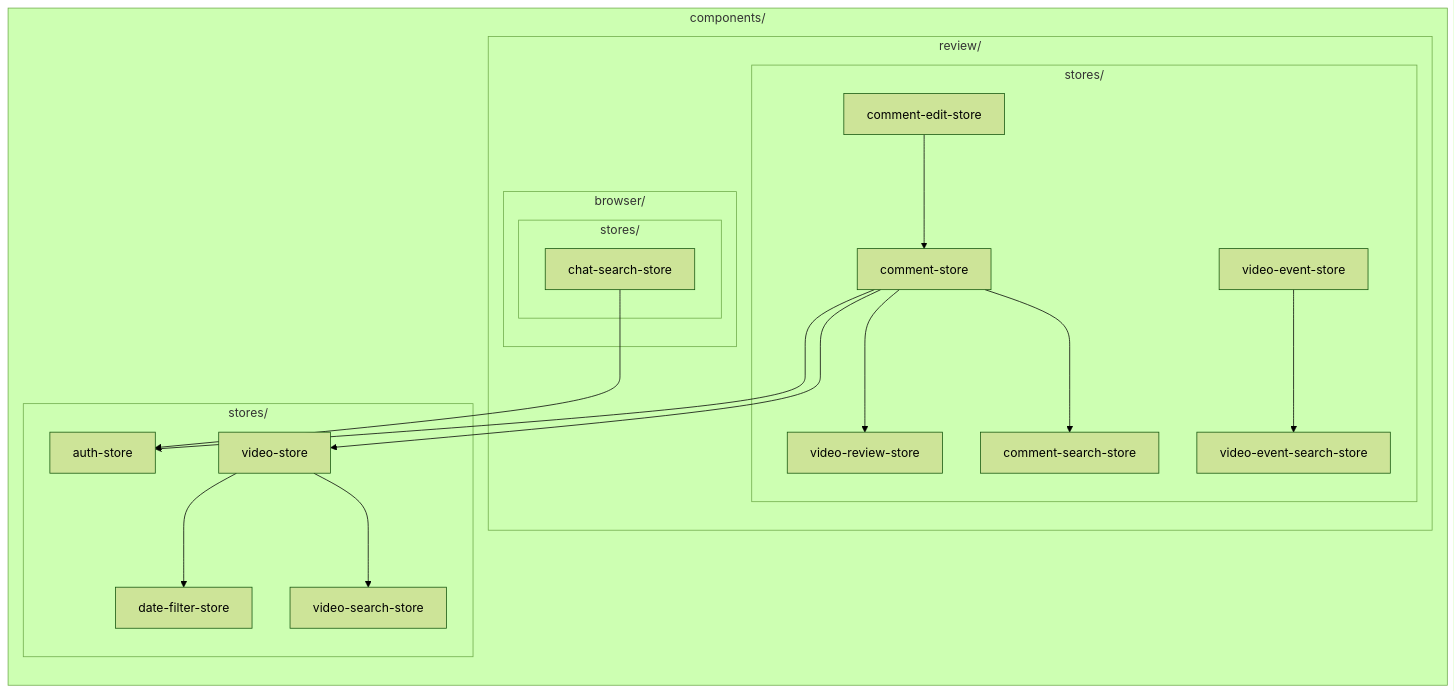
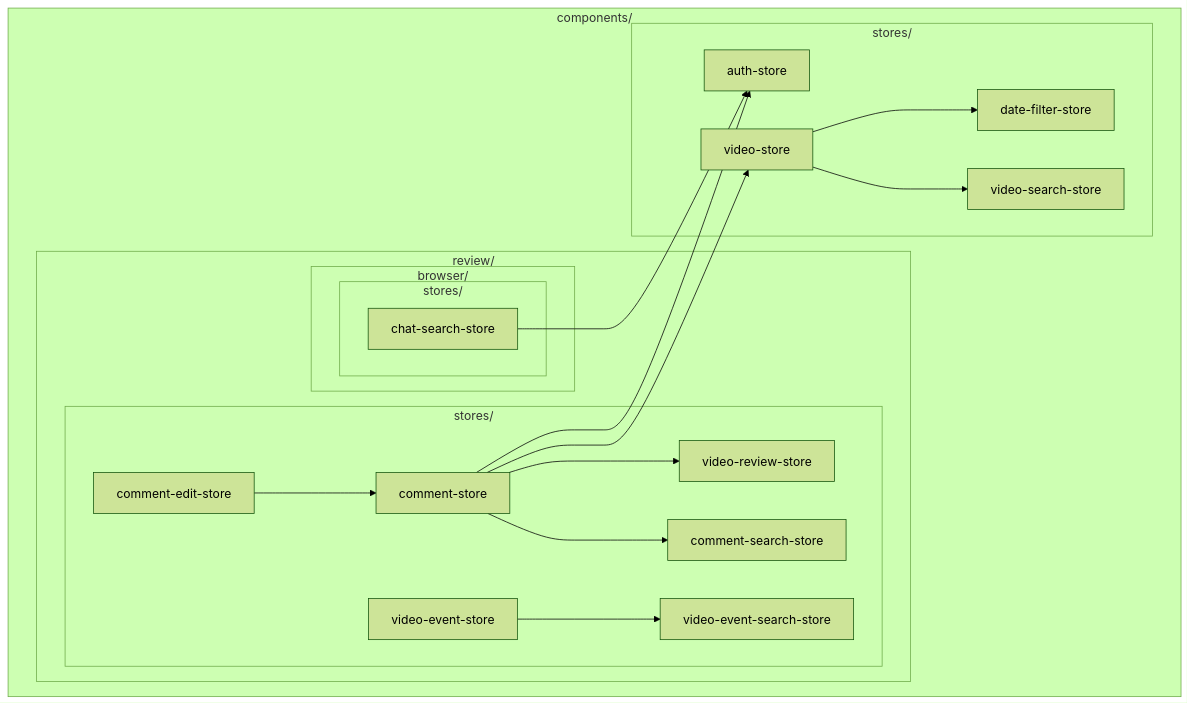
The third of 3 diagrams in docs/src/content/docs/development/frontend-map.md (arita-yuto/video-review), drawn with Mermaid (forest theme) before and after one commit. The commit also changed 8 other files, not shown here.

Commit message:
docs: long titles and labels no longer wrap in the sidebar, page heading and Next link, and the frontend map's diagrams are laid out to fit the column

````diff
--- a/docs/src/content/docs/development/frontend-map.md
+++ b/docs/src/content/docs/development/frontend-map.md
@@ -95,37 +95,37 @@
 ```mermaid
 %%{init: {"flowchart": {"wrappingWidth": 400}}}%%
-flowchart LR
+flowchart TD
     subgraph components["components/"]
         subgraph s0["stores/"]
             auth[auth-store]
             video[video-store]
             datef[date-filter-store]
             vsearch[video-search-store]
         end
         subgraph review["review/"]
             subgraph s1["stores/"]
                 comment[comment-store]
                 cedit[comment-edit-store]
                 csearch[comment-search-store]
                 vreview[video-review-store]
                 vevent[video-event-store]
                 vesearch[video-event-search-store]
             end
             subgraph browser["browser/"]
                 subgraph s2["stores/"]
                     chat[chat-search-store]
                 end
             end
         end
     end
 
     video --> datef
     video --> vsearch
     comment --> auth
     comment --> video
     comment --> vreview
     comment --> csearch
     cedit --> comment
     chat --> auth
     vevent --> vesearch
 ```
````
